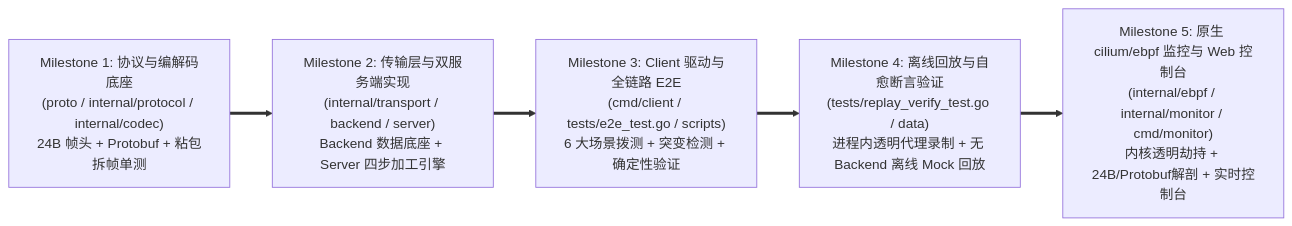
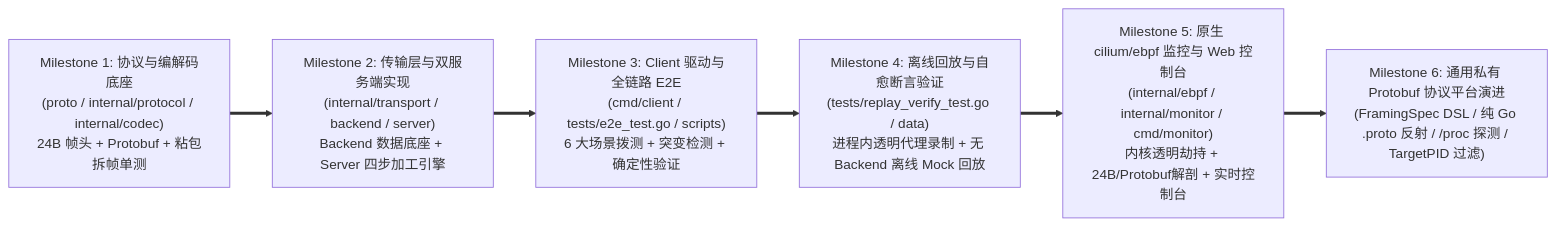
Before and after one commit to fugui/flowbench: the diagram in docs/04-tasks/01-roadmap.md, drawn with Mermaid. The commit also changed other lines of this file and 3 other files, not shown here.

````diff
--- a/docs/04-tasks/01-roadmap.md
+++ b/docs/04-tasks/01-roadmap.md
@@ -19,10 +19,11 @@
 ```mermaid
 flowchart LR
     M1["Milestone 1: 协议与编解码底座<br/>(proto / internal/protocol / internal/codec)<br/>24B 帧头 + Protobuf + 粘包拆帧单测"]
     M2["Milestone 2: 传输层与双服务端实现<br/>(internal/transport / backend / server)<br/>Backend 数据底座 + Server 四步加工引擎"]
     M3["Milestone 3: Client 驱动与全链路 E2E<br/>(cmd/client / tests/e2e_test.go / scripts)<br/>6 大场景拨测 + 突变检测 + 确定性验证"]
     M4["Milestone 4: 离线回放与自愈断言验证<br/>(tests/replay_verify_test.go / data)<br/>进程内透明代理录制 + 无 Backend 离线 Mock 回放"]
     M5["Milestone 5: 原生 cilium/ebpf 监控与 Web 控制台<br/>(internal/ebpf / internal/monitor / cmd/monitor)<br/>内核透明劫持 + 24B/Protobuf解剖 + 实时控制台"]
+    M6["Milestone 6: 通用私有 Protobuf 协议平台演进<br/>(FramingSpec DSL / 纯 Go .proto 反射 / /proc 探测 / TargetPID 过滤)"]
 
-    M1 ==> M2 ==> M3 ==> M4 ==> M5
+    M1 ==> M2 ==> M3 ==> M4 ==> M5 ==> M6
 ```
````
